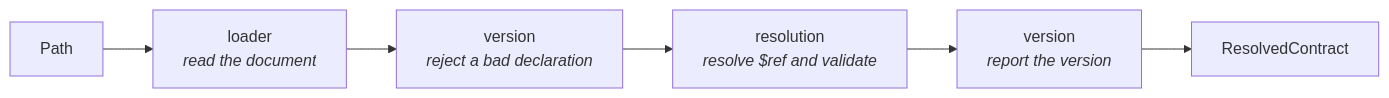
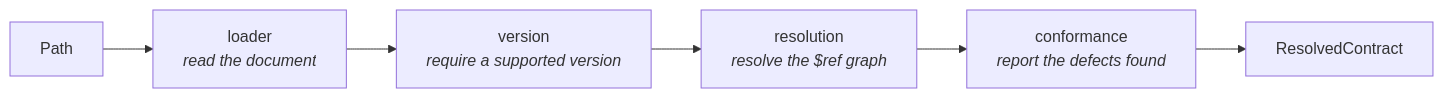
One commit to Spec-Forge-Testing/specforge-docs changed the second of 2 diagrams in docs/modules/contract-engine/reference.md. Above: the diagram before and after it, drawn with Mermaid. The commit also changed other lines of this file, not shown here.

````diff
--- a/docs/modules/contract-engine/reference.md
+++ b/docs/modules/contract-engine/reference.md
@@ -78,8 +79,8 @@
 ```mermaid
 flowchart LR
     A[Path] --> B["loader<br/><i>read the document</i>"]
-    B --> C["version<br/><i>reject a bad declaration</i>"]
-    C --> D["resolution<br/><i>resolve $ref and validate</i>"]
-    D --> E["version<br/><i>report the version</i>"]
+    B --> C["version<br/><i>require a supported version</i>"]
+    C --> D["resolution<br/><i>resolve the $ref graph</i>"]
+    D --> E["conformance<br/><i>report the defects found</i>"]
     E --> F[ResolvedContract]
 ```
````
